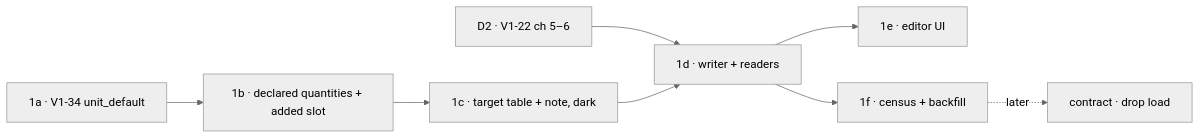
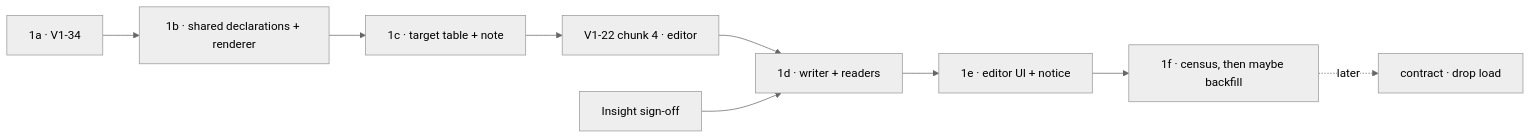
The first of 2 diagrams in docs/plans/tgt-1-typed-targets.md (ralamode/mat-plan), drawn with Mermaid (neutral theme) before and after one commit. The commit also changed other lines of this file and 10 other files, not shown here.

````diff
--- a/docs/plans/tgt-1-typed-targets.md
+++ b/docs/plans/tgt-1-typed-targets.md
@@ -92,10 +97,11 @@
 ```mermaid
 flowchart LR
-  A[1a · V1-34 unit_default] --> B[1b · declared quantities + added slot]
-  B --> C[1c · target table + note, dark]
-  D2[D2 · V1-22 ch 5–6] --> W[1d · writer + readers]
-  C --> W
-  W --> UI[1e · editor UI]
-  W --> BF[1f · census + backfill]
+  A[1a · V1-34] --> B[1b · shared declarations + renderer]
+  B --> C[1c · target table + note]
+  C --> K4[V1-22 chunk 4 · editor]
+  K4 --> W[1d · writer + readers]
+  INS[Insight sign-off] --> W
+  W --> UI[1e · editor UI + notice]
+  UI --> BF[1f · census, then maybe backfill]
   BF -. later .-> K[contract · drop load]
 ```
````
